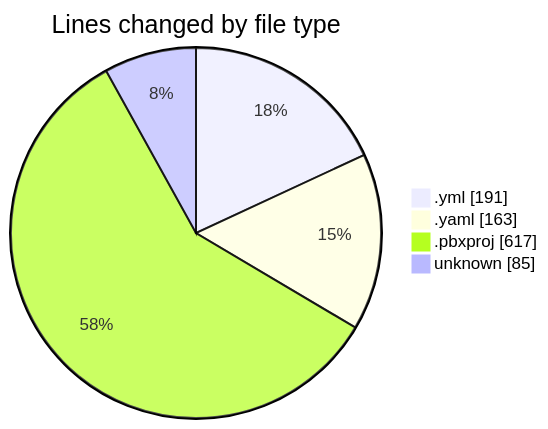
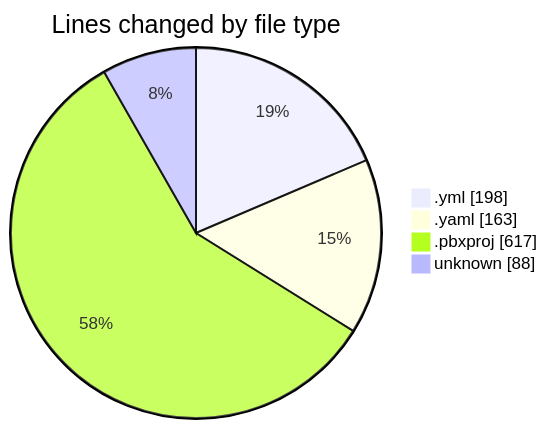
The first of 2 diagrams in 2025-08-08/studybuddy/README.md (lephambinh05/code-tracking), drawn with Mermaid before and after one commit. The commit also changed other lines of this file and 1 other file, not shown here.

````diff
--- a/2025-08-08/studybuddy/README.md
+++ b/2025-08-08/studybuddy/README.md
@@ -24,8 +24,8 @@
 ```mermaid
 pie showData
 title Lines changed by file type
-".yml" : 191
+".yml" : 198
 ".yaml" : 163
 ".pbxproj" : 617
-"unknown" : 85
+"unknown" : 88
 ```
````
